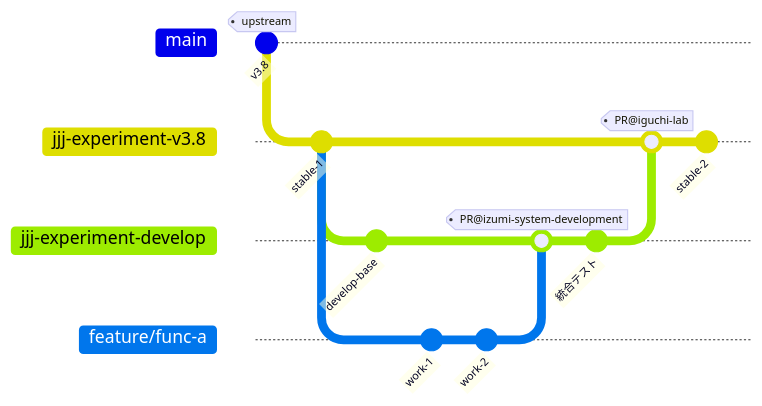
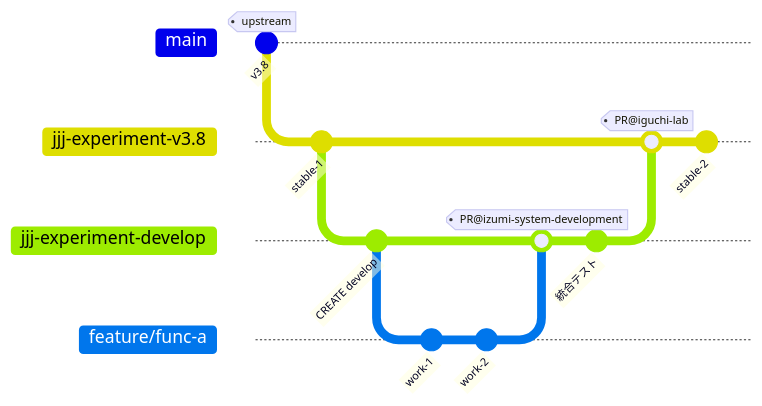
Before and after one commit to iguchi-lab/Verification-Platform-Next: the second of 4 diagrams in src/docs/ブランチ戦略_カスタム機能追加フロー.md, drawn with Mermaid. The commit also changed other lines of this file, not shown here.

````diff
--- a/src/docs/ブランチ戦略_カスタム機能追加フロー.md
+++ b/src/docs/ブランチ戦略_カスタム機能追加フロー.md
@@ -50,21 +50,20 @@
 ```mermaid
 gitGraph
     commit id: "v3.8" tag: "upstream"
     branch jjj-experiment-v3.8
     checkout jjj-experiment-v3.8
     commit id: "stable-1"
     branch jjj-experiment-develop
     checkout jjj-experiment-develop
-    commit id: "develop-base"
-    checkout jjj-experiment-v3.8
+    commit id: "CREATE develop"
     branch feature/func-a
     checkout feature/func-a
     commit id: "work-1"
     commit id: "work-2"
     checkout jjj-experiment-develop
     merge feature/func-a tag: "PR@izumi-system-development"
     commit id: "統合テスト"
     checkout jjj-experiment-v3.8
     merge jjj-experiment-develop tag: "PR@iguchi-lab"
     commit id: "stable-2"
 ```
````
